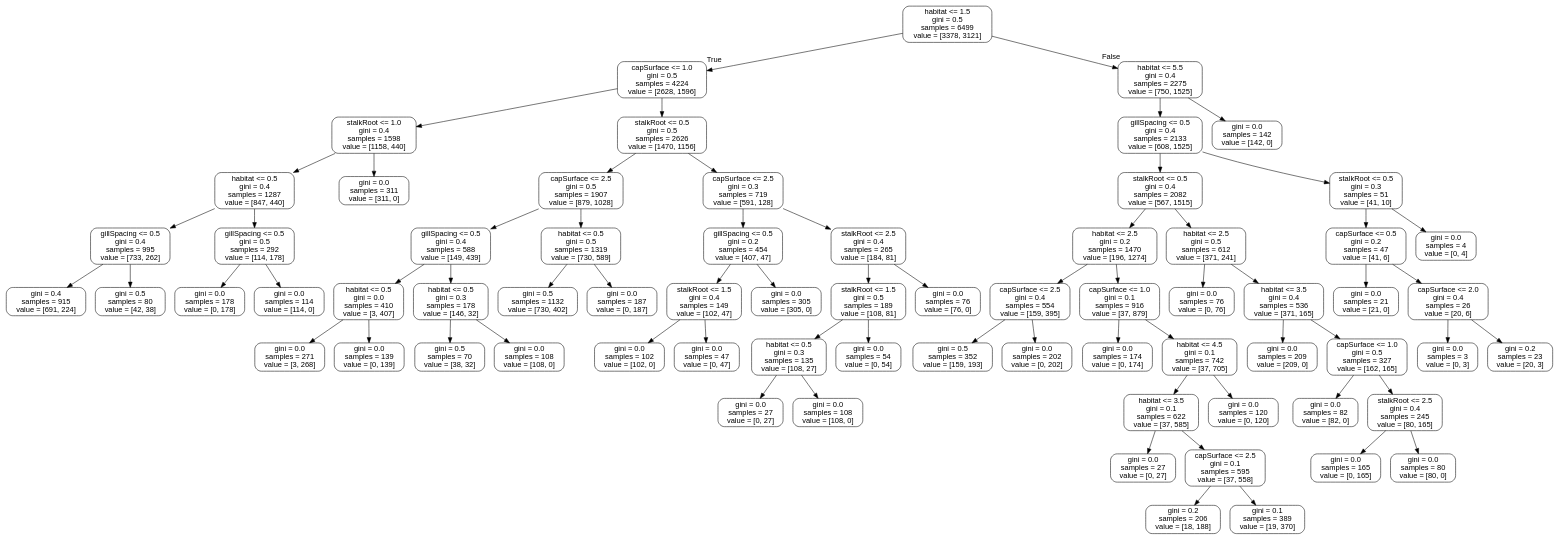
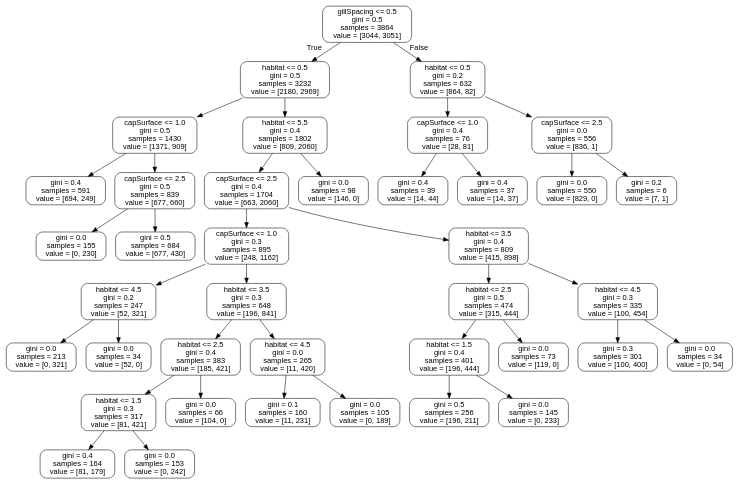
Before and after one commit to williamhenderson02/ML-Coursework-2022: the diagram in tree.dot, drawn with Graphviz. The commit also changed 4 other files, not shown here.

```diff
--- a/tree.dot
+++ b/tree.dot
@@ -1,141 +1,81 @@
 digraph Tree {
 node [shape=box, style="rounded", color="black", fontname="helvetica"] ;
 edge [fontname="helvetica"] ;
-0 [label="habitat <= 1.5\ngini = 0.5\nsamples = 6499\nvalue = [3378, 3121]"] ;
-1 [label="capSurface <= 1.0\ngini = 0.5\nsamples = 4224\nvalue = [2628, 1596]"] ;
+0 [label="gillSpacing <= 0.5\ngini = 0.5\nsamples = 3864\nvalue = [3044, 3051]"] ;
+1 [label="habitat <= 0.5\ngini = 0.5\nsamples = 3232\nvalue = [2180, 2969]"] ;
 0 -> 1 [labeldistance=2.5, labelangle=45, headlabel="True"] ;
-2 [label="stalkRoot <= 1.0\ngini = 0.4\nsamples = 1598\nvalue = [1158, 440]"] ;
+2 [label="capSurface <= 1.0\ngini = 0.5\nsamples = 1430\nvalue = [1371, 909]"] ;
 1 -> 2 ;
-3 [label="habitat <= 0.5\ngini = 0.4\nsamples = 1287\nvalue = [847, 440]"] ;
+3 [label="gini = 0.4\nsamples = 591\nvalue = [694, 249]"] ;
 2 -> 3 ;
-4 [label="gillSpacing <= 0.5\ngini = 0.4\nsamples = 995\nvalue = [733, 262]"] ;
-3 -> 4 ;
-5 [label="gini = 0.4\nsamples = 915\nvalue = [691, 224]"] ;
+4 [label="capSurface <= 2.5\ngini = 0.5\nsamples = 839\nvalue = [677, 660]"] ;
+2 -> 4 ;
+5 [label="gini = 0.0\nsamples = 155\nvalue = [0, 230]"] ;
 4 -> 5 ;
-6 [label="gini = 0.5\nsamples = 80\nvalue = [42, 38]"] ;
+6 [label="gini = 0.5\nsamples = 684\nvalue = [677, 430]"] ;
 4 -> 6 ;
-7 [label="gillSpacing <= 0.5\ngini = 0.5\nsamples = 292\nvalue = [114, 178]"] ;
-3 -> 7 ;
-8 [label="gini = 0.0\nsamples = 178\nvalue = [0, 178]"] ;
+7 [label="habitat <= 5.5\ngini = 0.4\nsamples = 1802\nvalue = [809, 2060]"] ;
+1 -> 7 ;
+8 [label="capSurface <= 2.5\ngini = 0.4\nsamples = 1704\nvalue = [663, 2060]"] ;
 7 -> 8 ;
-9 [label="gini = 0.0\nsamples = 114\nvalue = [114, 0]"] ;
-7 -> 9 ;
-10 [label="gini = 0.0\nsamples = 311\nvalue = [311, 0]"] ;
-2 -> 10 ;
-11 [label="stalkRoot <= 0.5\ngini = 0.5\nsamples = 2626\nvalue = [1470, 1156]"] ;
-1 -> 11 ;
-12 [label="capSurface <= 2.5\ngini = 0.5\nsamples = 1907\nvalue = [879, 1028]"] ;
-11 -> 12 ;
-13 [label="gillSpacing <= 0.5\ngini = 0.4\nsamples = 588\nvalue = [149, 439]"] ;
-12 -> 13 ;
-14 [label="habitat <= 0.5\ngini = 0.0\nsamples = 410\nvalue = [3, 407]"] ;
+9 [label="capSurface <= 1.0\ngini = 0.3\nsamples = 895\nvalue = [248, 1162]"] ;
+8 -> 9 ;
+10 [label="habitat <= 4.5\ngini = 0.2\nsamples = 247\nvalue = [52, 321]"] ;
+9 -> 10 ;
+11 [label="gini = 0.0\nsamples = 213\nvalue = [0, 321]"] ;
+10 -> 11 ;
+12 [label="gini = 0.0\nsamples = 34\nvalue = [52, 0]"] ;
+10 -> 12 ;
+13 [label="habitat <= 3.5\ngini = 0.3\nsamples = 648\nvalue = [196, 841]"] ;
+9 -> 13 ;
+14 [label="habitat <= 2.5\ngini = 0.4\nsamples = 383\nvalue = [185, 421]"] ;
 13 -> 14 ;
-15 [label="gini = 0.0\nsamples = 271\nvalue = [3, 268]"] ;
+15 [label="habitat <= 1.5\ngini = 0.3\nsamples = 317\nvalue = [81, 421]"] ;
 14 -> 15 ;
-16 [label="gini = 0.0\nsamples = 139\nvalue = [0, 139]"] ;
-14 -> 16 ;
-17 [label="habitat <= 0.5\ngini = 0.3\nsamples = 178\nvalue = [146, 32]"] ;
-13 -> 17 ;
-18 [label="gini = 0.5\nsamples = 70\nvalue = [38, 32]"] ;
-17 -> 18 ;
-19 [label="gini = 0.0\nsamples = 108\nvalue = [108, 0]"] ;
-17 -> 19 ;
-20 [label="habitat <= 0.5\ngini = 0.5\nsamples = 1319\nvalue = [730, 589]"] ;
-12 -> 20 ;
-21 [label="gini = 0.5\nsamples = 1132\nvalue = [730, 402]"] ;
-20 -> 21 ;
-22 [label="gini = 0.0\nsamples = 187\nvalue = [0, 187]"] ;
-20 -> 22 ;
-23 [label="capSurface <= 2.5\ngini = 0.3\nsamples = 719\nvalue = [591, 128]"] ;
-11 -> 23 ;
-24 [label="gillSpacing <= 0.5\ngini = 0.2\nsamples = 454\nvalue = [407, 47]"] ;
+16 [label="gini = 0.4\nsamples = 164\nvalue = [81, 179]"] ;
+15 -> 16 ;
+17 [label="gini = 0.0\nsamples = 153\nvalue = [0, 242]"] ;
+15 -> 17 ;
+18 [label="gini = 0.0\nsamples = 66\nvalue = [104, 0]"] ;
+14 -> 18 ;
+19 [label="habitat <= 4.5\ngini = 0.0\nsamples = 265\nvalue = [11, 420]"] ;
+13 -> 19 ;
+20 [label="gini = 0.1\nsamples = 160\nvalue = [11, 231]"] ;
+19 -> 20 ;
+21 [label="gini = 0.0\nsamples = 105\nvalue = [0, 189]"] ;
+19 -> 21 ;
+22 [label="habitat <= 3.5\ngini = 0.4\nsamples = 809\nvalue = [415, 898]"] ;
+8 -> 22 ;
+23 [label="habitat <= 2.5\ngini = 0.5\nsamples = 474\nvalue = [315, 444]"] ;
+22 -> 23 ;
+24 [label="habitat <= 1.5\ngini = 0.4\nsamples = 401\nvalue = [196, 444]"] ;
 23 -> 24 ;
-25 [label="stalkRoot <= 1.5\ngini = 0.4\nsamples = 149\nvalue = [102, 47]"] ;
+25 [label="gini = 0.5\nsamples = 256\nvalue = [196, 211]"] ;
 24 -> 25 ;
-26 [label="gini = 0.0\nsamples = 102\nvalue = [102, 0]"] ;
-25 -> 26 ;
-27 [label="gini = 0.0\nsamples = 47\nvalue = [0, 47]"] ;
-25 -> 27 ;
-28 [label="gini = 0.0\nsamples = 305\nvalue = [305, 0]"] ;
-24 -> 28 ;
-29 [label="stalkRoot <= 2.5\ngini = 0.4\nsamples = 265\nvalue = [184, 81]"] ;
-23 -> 29 ;
-30 [label="stalkRoot <= 1.5\ngini = 0.5\nsamples = 189\nvalue = [108, 81]"] ;
-29 -> 30 ;
-31 [label="habitat <= 0.5\ngini = 0.3\nsamples = 135\nvalue = [108, 27]"] ;
-30 -> 31 ;
-32 [label="gini = 0.0\nsamples = 27\nvalue = [0, 27]"] ;
-31 -> 32 ;
-33 [label="gini = 0.0\nsamples = 108\nvalue = [108, 0]"] ;
-31 -> 33 ;
-34 [label="gini = 0.0\nsamples = 54\nvalue = [0, 54]"] ;
-30 -> 34 ;
-35 [label="gini = 0.0\nsamples = 76\nvalue = [76, 0]"] ;
-29 -> 35 ;
-36 [label="habitat <= 5.5\ngini = 0.4\nsamples = 2275\nvalue = [750, 1525]"] ;
-0 -> 36 [labeldistance=2.5, labelangle=-45, headlabel="False"] ;
-37 [label="gillSpacing <= 0.5\ngini = 0.4\nsamples = 2133\nvalue = [608, 1525]"] ;
+26 [label="gini = 0.0\nsamples = 145\nvalue = [0, 233]"] ;
+24 -> 26 ;
+27 [label="gini = 0.0\nsamples = 73\nvalue = [119, 0]"] ;
+23 -> 27 ;
+28 [label="habitat <= 4.5\ngini = 0.3\nsamples = 335\nvalue = [100, 454]"] ;
+22 -> 28 ;
+29 [label="gini = 0.3\nsamples = 301\nvalue = [100, 400]"] ;
+28 -> 29 ;
+30 [label="gini = 0.0\nsamples = 34\nvalue = [0, 54]"] ;
+28 -> 30 ;
+31 [label="gini = 0.0\nsamples = 98\nvalue = [146, 0]"] ;
+7 -> 31 ;
+32 [label="habitat <= 0.5\ngini = 0.2\nsamples = 632\nvalue = [864, 82]"] ;
+0 -> 32 [labeldistance=2.5, labelangle=-45, headlabel="False"] ;
+33 [label="capSurface <= 1.0\ngini = 0.4\nsamples = 76\nvalue = [28, 81]"] ;
+32 -> 33 ;
+34 [label="gini = 0.4\nsamples = 39\nvalue = [14, 44]"] ;
+33 -> 34 ;
+35 [label="gini = 0.4\nsamples = 37\nvalue = [14, 37]"] ;
+33 -> 35 ;
+36 [label="capSurface <= 2.5\ngini = 0.0\nsamples = 556\nvalue = [836, 1]"] ;
+32 -> 36 ;
+37 [label="gini = 0.0\nsamples = 550\nvalue = [829, 0]"] ;
 36 -> 37 ;
-38 [label="stalkRoot <= 0.5\ngini = 0.4\nsamples = 2082\nvalue = [567, 1515]"] ;
-37 -> 38 ;
-39 [label="habitat <= 2.5\ngini = 0.2\nsamples = 1470\nvalue = [196, 1274]"] ;
-38 -> 39 ;
-40 [label="capSurface <= 2.5\ngini = 0.4\nsamples = 554\nvalue = [159, 395]"] ;
-39 -> 40 ;
-41 [label="gini = 0.5\nsamples = 352\nvalue = [159, 193]"] ;
-40 -> 41 ;
-42 [label="gini = 0.0\nsamples = 202\nvalue = [0, 202]"] ;
-40 -> 42 ;
-43 [label="capSurface <= 1.0\ngini = 0.1\nsamples = 916\nvalue = [37, 879]"] ;
-39 -> 43 ;
-44 [label="gini = 0.0\nsamples = 174\nvalue = [0, 174]"] ;
-43 -> 44 ;
-45 [label="habitat <= 4.5\ngini = 0.1\nsamples = 742\nvalue = [37, 705]"] ;
-43 -> 45 ;
-46 [label="habitat <= 3.5\ngini = 0.1\nsamples = 622\nvalue = [37, 585]"] ;
-45 -> 46 ;
-47 [label="gini = 0.0\nsamples = 27\nvalue = [0, 27]"] ;
-46 -> 47 ;
-48 [label="capSurface <= 2.5\ngini = 0.1\nsamples = 595\nvalue = [37, 558]"] ;
-46 -> 48 ;
-49 [label="gini = 0.2\nsamples = 206\nvalue = [18, 188]"] ;
-48 -> 49 ;
-50 [label="gini = 0.1\nsamples = 389\nvalue = [19, 370]"] ;
-48 -> 50 ;
-51 [label="gini = 0.0\nsamples = 120\nvalue = [0, 120]"] ;
-45 -> 51 ;
-52 [label="habitat <= 2.5\ngini = 0.5\nsamples = 612\nvalue = [371, 241]"] ;
-38 -> 52 ;
-53 [label="gini = 0.0\nsamples = 76\nvalue = [0, 76]"] ;
-52 -> 53 ;
-54 [label="habitat <= 3.5\ngini = 0.4\nsamples = 536\nvalue = [371, 165]"] ;
-52 -> 54 ;
-55 [label="gini = 0.0\nsamples = 209\nvalue = [209, 0]"] ;
-54 -> 55 ;
-56 [label="capSurface <= 1.0\ngini = 0.5\nsamples = 327\nvalue = [162, 165]"] ;
-54 -> 56 ;
-57 [label="gini = 0.0\nsamples = 82\nvalue = [82, 0]"] ;
-56 -> 57 ;
-58 [label="stalkRoot <= 2.5\ngini = 0.4\nsamples = 245\nvalue = [80, 165]"] ;
-56 -> 58 ;
-59 [label="gini = 0.0\nsamples = 165\nvalue = [0, 165]"] ;
-58 -> 59 ;
-60 [label="gini = 0.0\nsamples = 80\nvalue = [80, 0]"] ;
-58 -> 60 ;
-61 [label="stalkRoot <= 0.5\ngini = 0.3\nsamples = 51\nvalue = [41, 10]"] ;
-37 -> 61 ;
-62 [label="capSurface <= 0.5\ngini = 0.2\nsamples = 47\nvalue = [41, 6]"] ;
-61 -> 62 ;
-63 [label="gini = 0.0\nsamples = 21\nvalue = [21, 0]"] ;
-62 -> 63 ;
-64 [label="capSurface <= 2.0\ngini = 0.4\nsamples = 26\nvalue = [20, 6]"] ;
-62 -> 64 ;
-65 [label="gini = 0.0\nsamples = 3\nvalue = [0, 3]"] ;
-64 -> 65 ;
-66 [label="gini = 0.2\nsamples = 23\nvalue = [20, 3]"] ;
-64 -> 66 ;
-67 [label="gini = 0.0\nsamples = 4\nvalue = [0, 4]"] ;
-61 -> 67 ;
-68 [label="gini = 0.0\nsamples = 142\nvalue = [142, 0]"] ;
-36 -> 68 ;
+38 [label="gini = 0.2\nsamples = 6\nvalue = [7, 1]"] ;
+36 -> 38 ;
 }
```
